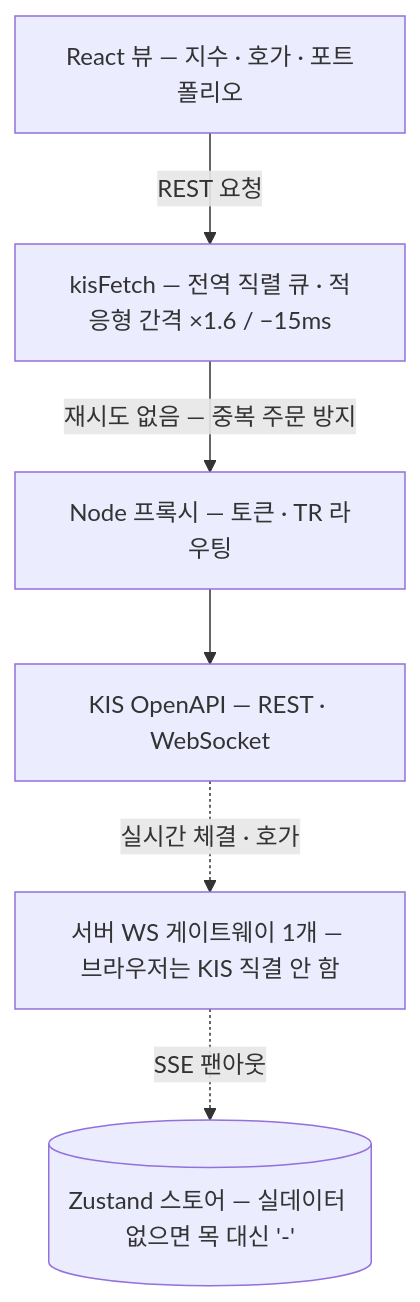
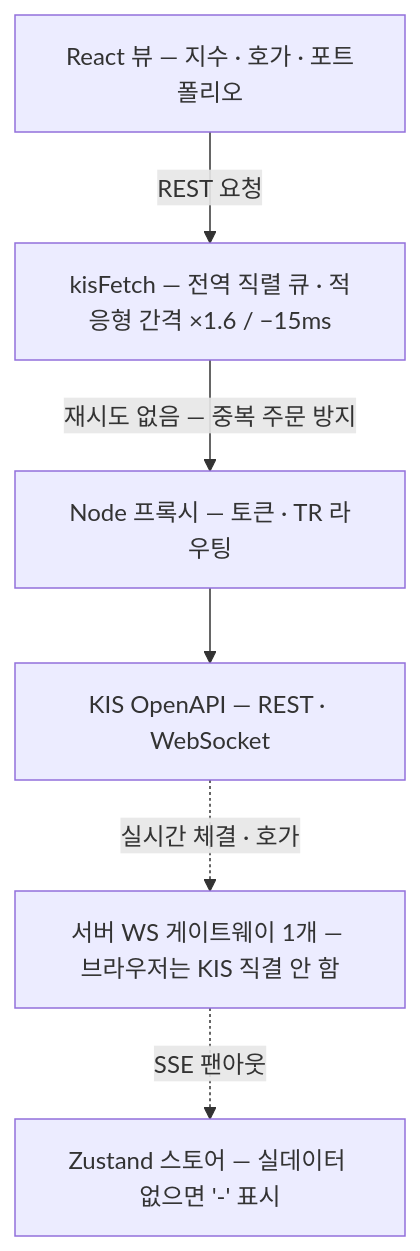
The diagram in docs/diagrams/kis-data-flow.mmd (gook-lab/pulse-dashboard), drawn with Mermaid before and after one commit. The commit also changed 3 other files, not shown here.

First line of the commit message:
docs: 언어 스위처 파이프 표기 통일 + KIS 다이어그램 재캡처(라벨 겹침 수정)

```diff
--- a/docs/diagrams/kis-data-flow.mmd
+++ b/docs/diagrams/kis-data-flow.mmd
@@ -1,6 +1,6 @@
 flowchart TD
   VIEW["React 뷰 — 지수 · 호가 · 포트폴리오"] -->|REST 요청| GATE["kisFetch — 전역 직렬 큐 · 적응형 간격 ×1.6 / −15ms"]
   GATE -->|"재시도 없음 — 중복 주문 방지"| PROXY["Node 프록시 — 토큰 · TR 라우팅"]
   PROXY --> KIS["KIS OpenAPI — REST · WebSocket"]
   KIS -.->|"실시간 체결 · 호가"| WSGW["서버 WS 게이트웨이 1개 — 브라우저는 KIS 직결 안 함"]
-  WSGW -.->|"SSE 팬아웃"| STORE[("Zustand 스토어 — 실데이터 없으면 목 대신 '-'")]
+  WSGW -.->|"SSE 팬아웃"| STORE["Zustand 스토어 — 실데이터 없으면 '-' 표시"]
```
